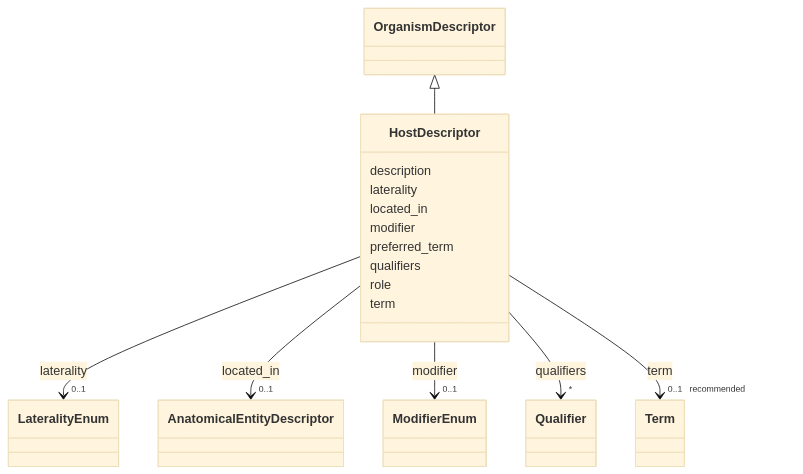
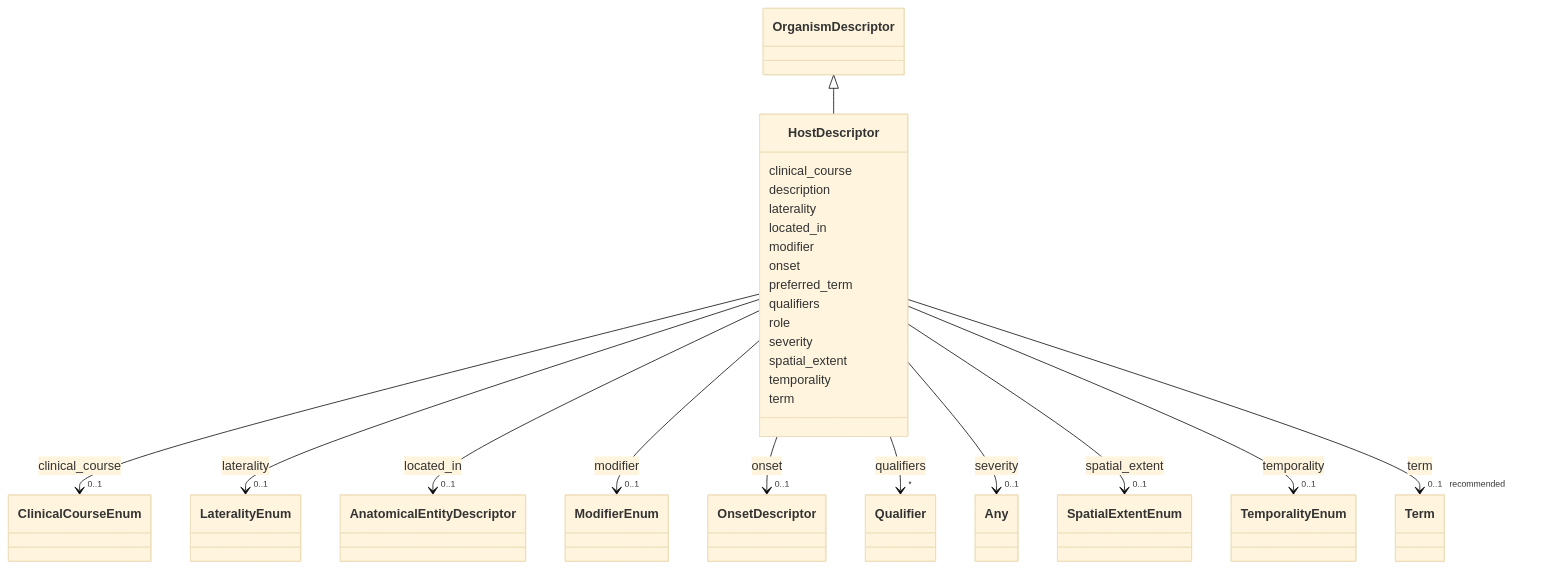
One commit to monarch-initiative/dismech changed the diagram in docs/schema/classes/HostDescriptor.md. Above: the diagram before and after it, drawn with Mermaid (base theme). The commit also changed other lines of this file and 1343 other files, not shown here.

First line of the commit message:
docs: regenerate schema docs and point design-decisions link at rendered page

```diff
--- a/docs/schema/classes/HostDescriptor.md
+++ b/docs/schema/classes/HostDescriptor.md
@@ -22,6 +22,17 @@
       OrganismDescriptor <|-- HostDescriptor
         click OrganismDescriptor href "../../classes/OrganismDescriptor/"
       
+      HostDescriptor : clinical_course
+        
+          
+    
+        
+        
+        HostDescriptor --> "0..1" ClinicalCourseEnum : clinical_course
+        click ClinicalCourseEnum href "../../enums/ClinicalCourseEnum/"
+    
+
+        
       HostDescriptor : description
         
       HostDescriptor : laterality
@@ -57,6 +68,17 @@
     
 
         
+      HostDescriptor : onset
+        
+          
+    
+        
+        
+        HostDescriptor --> "0..1" OnsetDescriptor : onset
+        click OnsetDescriptor href "../../classes/OnsetDescriptor/"
+    
+
+        
       HostDescriptor : preferred_term
         
       HostDescriptor : qualifiers
@@ -72,6 +94,39 @@
         
       HostDescriptor : role
         
+      HostDescriptor : severity
+        
+          
+    
+        
+        
+        HostDescriptor --> "0..1" Any : severity
+        click Any href "../../classes/Any/"
+    
+
+        
+      HostDescriptor : spatial_extent
+        
+          
+    
+        
+        
+        HostDescriptor --> "0..1" SpatialExtentEnum : spatial_extent
+        click SpatialExtentEnum href "../../enums/SpatialExtentEnum/"
+    
+
+        
+      HostDescriptor : temporality
+        
+          
+    
+        
+        
+        HostDescriptor --> "0..1" TemporalityEnum : temporality
+        click TemporalityEnum href "../../enums/TemporalityEnum/"
+    
+
+        
       HostDescriptor : term
         
           
```
